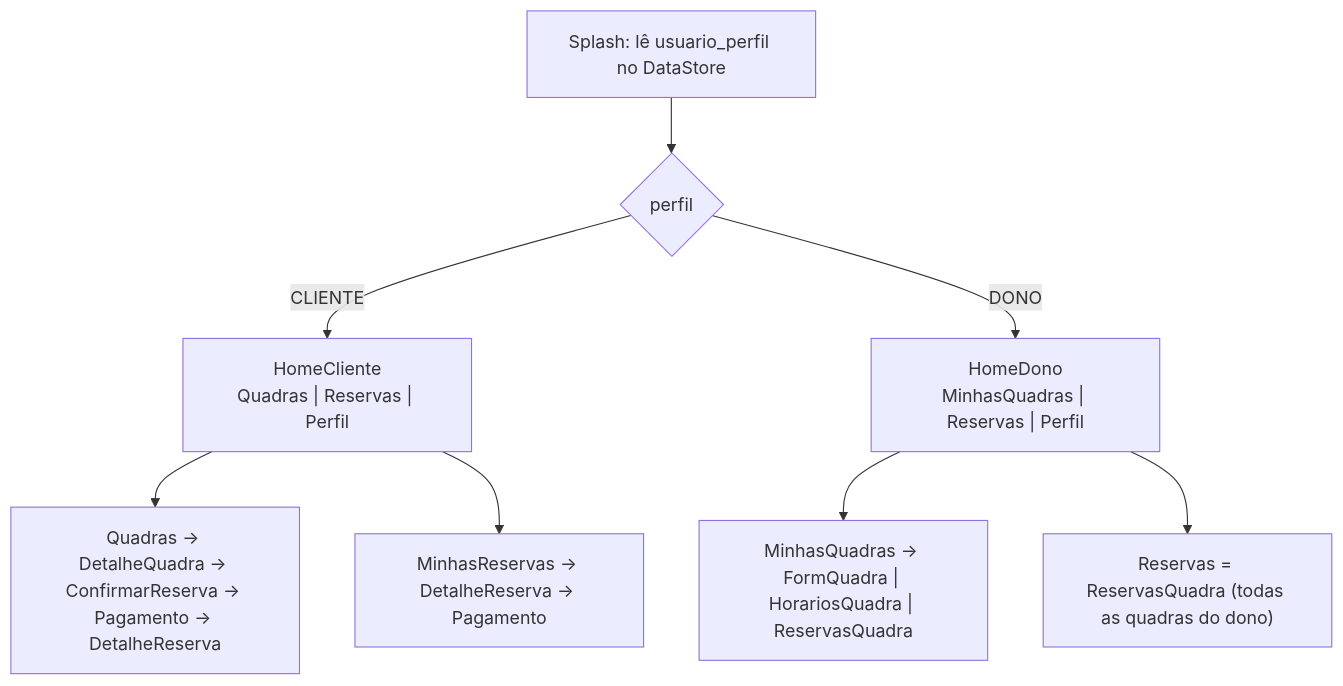
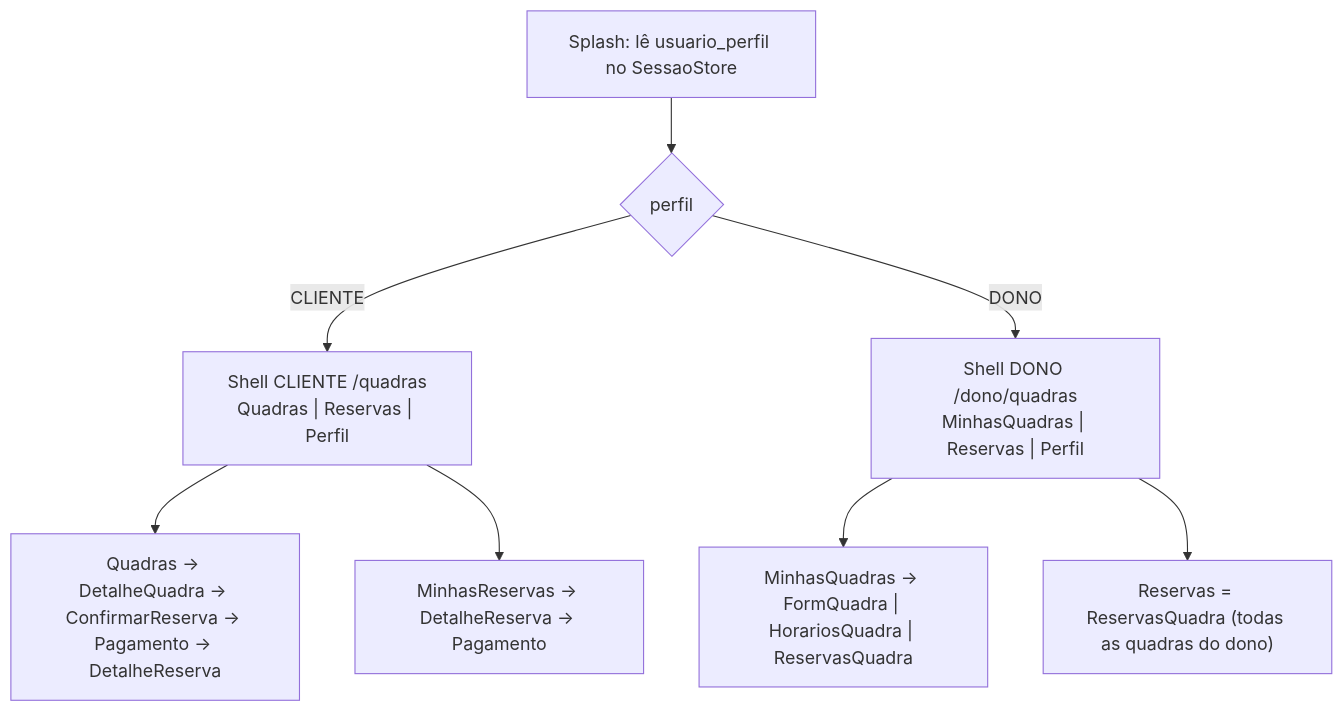
Before and after one commit to DEVigodE/so-mais-uma: the second of 2 diagrams in docs/03-perfis-e-permissoes.md, drawn with Mermaid. The commit also changed other lines of this file and 25 other files, not shown here.

````diff
--- a/docs/03-perfis-e-permissoes.md
+++ b/docs/03-perfis-e-permissoes.md
@@ -170,10 +170,10 @@
 ```mermaid
 flowchart TD
-    S["Splash: lê usuario_perfil no DataStore"] --> L{perfil}
-    L -- CLIENTE --> HC["HomeCliente<br/>Quadras | Reservas | Perfil"]
+    S["Splash: lê usuario_perfil no SessaoStore"] --> L{perfil}
+    L -- CLIENTE --> HC["Shell CLIENTE /quadras<br/>Quadras | Reservas | Perfil"]
     HC --> Q["Quadras -> DetalheQuadra -> ConfirmarReserva -> Pagamento -> DetalheReserva"]
     HC --> R["MinhasReservas -> DetalheReserva -> Pagamento"]
-    L -- DONO --> HD["HomeDono<br/>MinhasQuadras | Reservas | Perfil"]
+    L -- DONO --> HD["Shell DONO /dono/quadras<br/>MinhasQuadras | Reservas | Perfil"]
     HD --> M["MinhasQuadras -> FormQuadra | HorariosQuadra | ReservasQuadra"]
     HD --> RQ["Reservas = ReservasQuadra (todas as quadras do dono)"]
 ```
````
